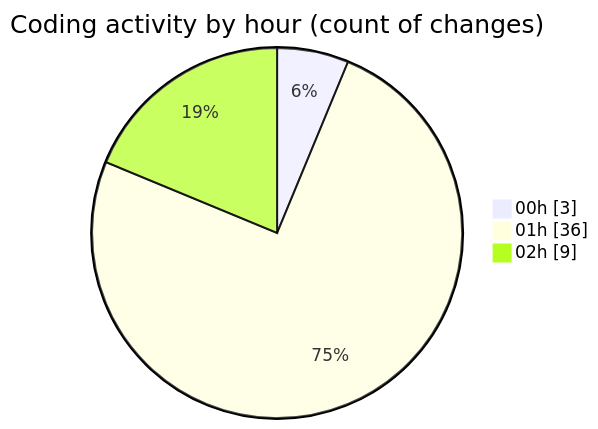
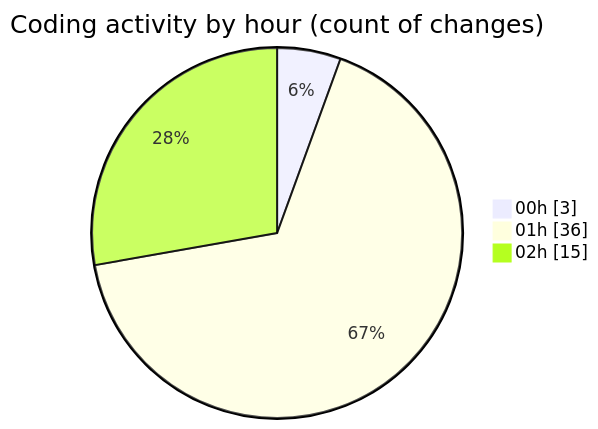
The second of 2 diagrams in 2025-09-05/hiai-phf/README.md (lephambinh05/code-tracking), drawn with Mermaid before and after one commit. The commit also changed other lines of this file and 1 other file, not shown here.

````diff
--- a/2025-09-05/hiai-phf/README.md
+++ b/2025-09-05/hiai-phf/README.md
@@ -42,7 +43,7 @@
 ```mermaid
 pie showData
 title Coding activity by hour (count of changes)
 "00h" : 3
 "01h" : 36
-"02h" : 9
+"02h" : 15
 ```
````
